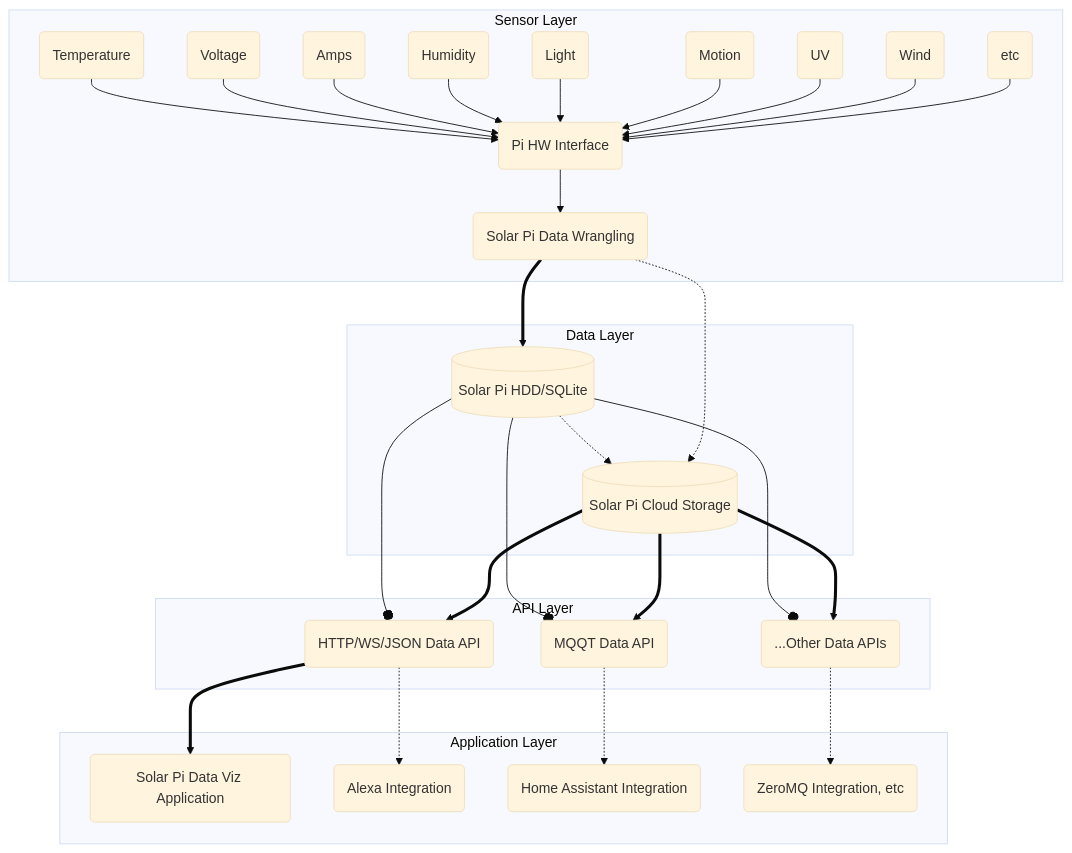
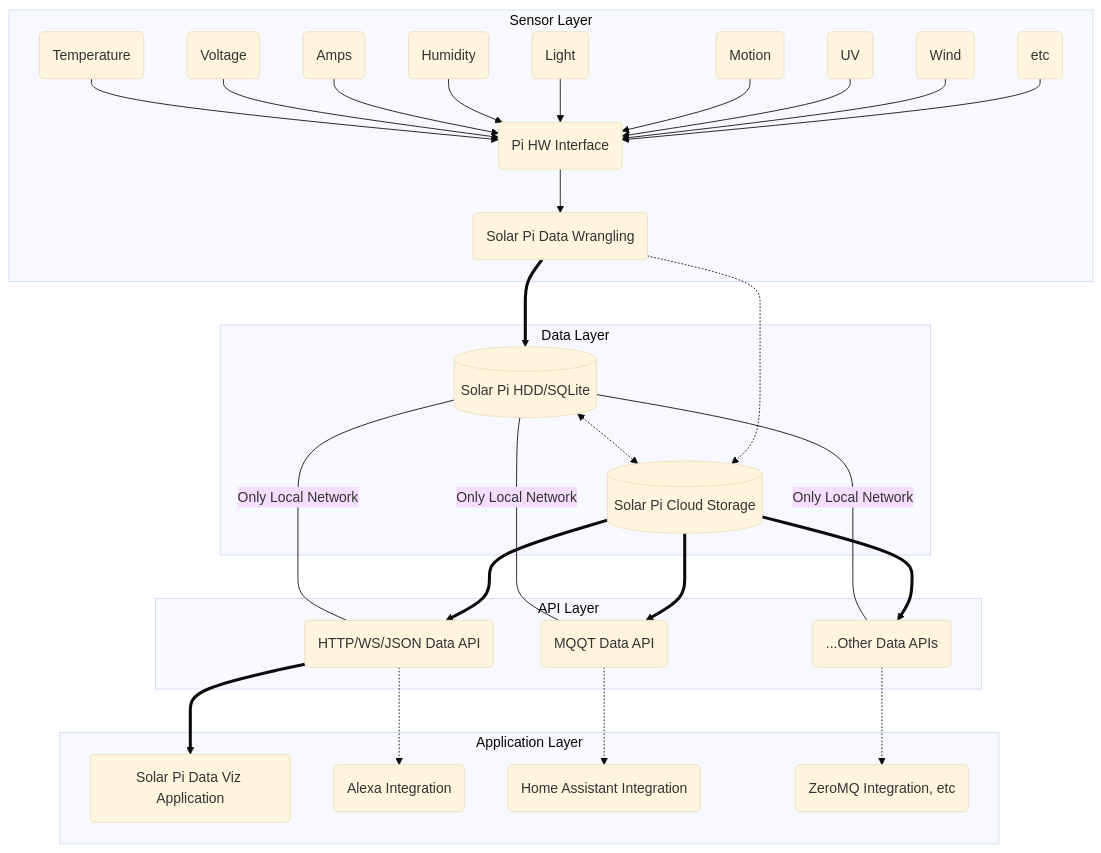
The second of 2 diagrams in README.md (ericdmoore/solar-pi), drawn with Mermaid (base theme) before and after one commit. The commit also changed other lines of this file, not shown here.

Commit message:
diagrams higher up

````diff
--- a/README.md
+++ b/README.md
@@ -167,37 +122,37 @@
 ```mermaid
   graph TD;
       subgraph sensors [Sensor Layer]
         Sensor1(Temperature)-->HWIntf
         Sensor2(Voltage)-->HWIntf
         Sensor3(Amps)-->HWIntf
         Sensor4(Humidity)-->HWIntf
         Sensor5(Light)-->HWIntf
         Sensor6(Motion)-->HWIntf
         Sensor7(UV)-->HWIntf
         Sensor8(Wind)-->HWIntf
         Sensor9(etc)-->HWIntf  
         HWIntf(Pi HW Interface)-->solDataWrangle(Solar Pi Data Wrangling)
       end
 
       subgraph data [Data Layer]
         solDataWrangle==>solLocalStorage[(Solar Pi HDD/SQLite)]
-        solLocalStorage-.->solCloudStorage
+        solLocalStorage<-.->solCloudStorage
         solDataWrangle-.->solCloudStorage[(Solar Pi Cloud Storage)]
       end
 
       subgraph api [API Layer]
-        solLocalStorage--oApiIntf1(HTTP/WS/JSON Data API)
+        solLocalStorage-- Only Local Network ---ApiIntf1(HTTP/WS/JSON Data API)
         solCloudStorage==>ApiIntf1
-        solLocalStorage--oApiIntf2(MQQT Data API)
+        solLocalStorage-- Only Local Network ---ApiIntf2(MQQT Data API)
         solCloudStorage==>ApiIntf2
-        solLocalStorage--oApiIntfN(...Other Data APIs)
+        solLocalStorage-- Only Local Network ---ApiIntfN(...Other Data APIs)
         solCloudStorage==>ApiIntfN
       end
 
       subgraph apps [Application Layer]
         ApiIntf1==>solVizApp(Solar Pi Data Viz Application)
         ApiIntf1-.->alexaApp(Alexa Integration)
         ApiIntf2-.->homeAssistant(Home Assistant Integration)
         ApiIntfN-.->zmq(ZeroMQ Integration, etc)
       end  
 ```
````
